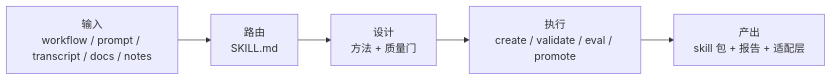
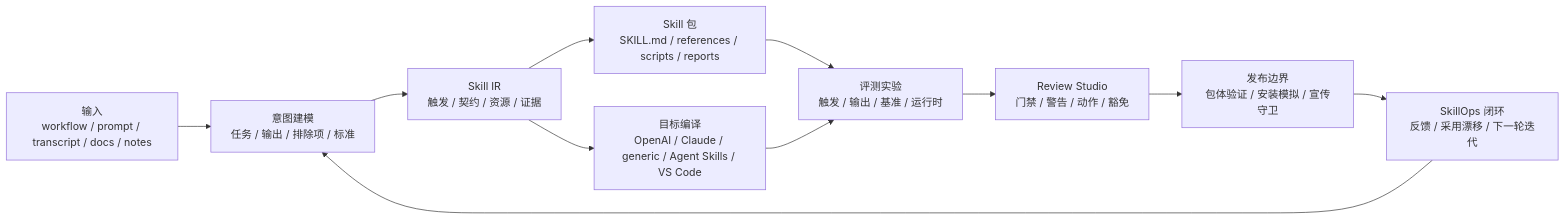
Before and after one commit to coriaxu/Coriaxu-skills: the diagram in skills/yao-meta-skill/docs/README.zh-CN.md, drawn with Mermaid. The commit also changed other lines of this file and 407 other files, not shown here.

````diff
--- a/skills/yao-meta-skill/docs/README.zh-CN.md
+++ b/skills/yao-meta-skill/docs/README.zh-CN.md
@@ -29,7 +97,13 @@
 ```mermaid
 flowchart LR
-    A["输入<br/>workflow / prompt / transcript / docs / notes"] --> B["路由<br/>SKILL.md"]
-    B --> C["设计<br/>方法 + 质量门"]
-    C --> D["执行<br/>create / validate / eval / promote"]
-    D --> E["产出<br/>skill 包 + 报告 + 适配层"]
+    A["输入<br/>workflow / prompt / transcript / docs / notes"] --> B["意图建模<br/>任务 / 输出 / 排除项 / 标准"]
+    B --> C["Skill IR<br/>触发 / 契约 / 资源 / 证据"]
+    C --> D["Skill 包<br/>SKILL.md / references / scripts / reports"]
+    C --> E["目标编译<br/>OpenAI / Claude / generic / Agent Skills / VS Code"]
+    D --> F["评测实验<br/>触发 / 输出 / 基准 / 运行时"]
+    E --> F
+    F --> G["Review Studio<br/>门禁 / 警告 / 动作 / 豁免"]
+    G --> H["发布边界<br/>包体验证 / 安装模拟 / 宣传守卫"]
+    H --> I["SkillOps 闭环<br/>反馈 / 采用漂移 / 下一轮迭代"]
+    I --> B
 ```
````
